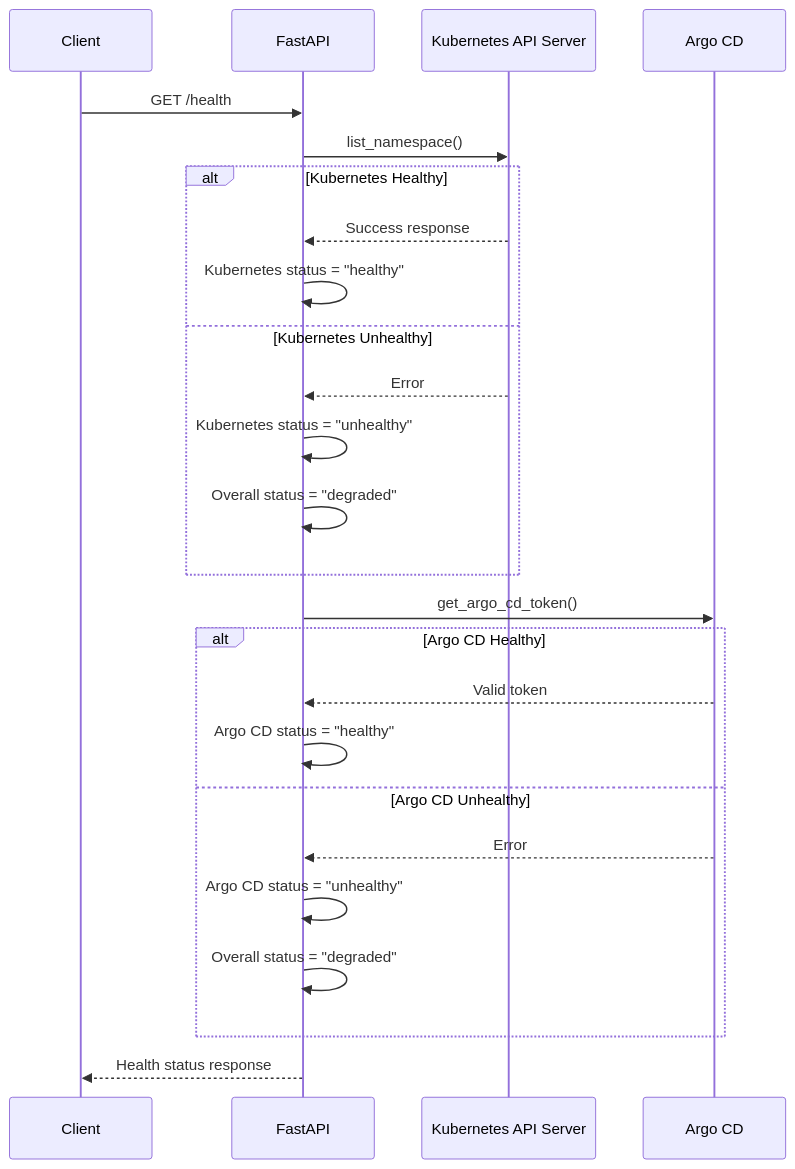
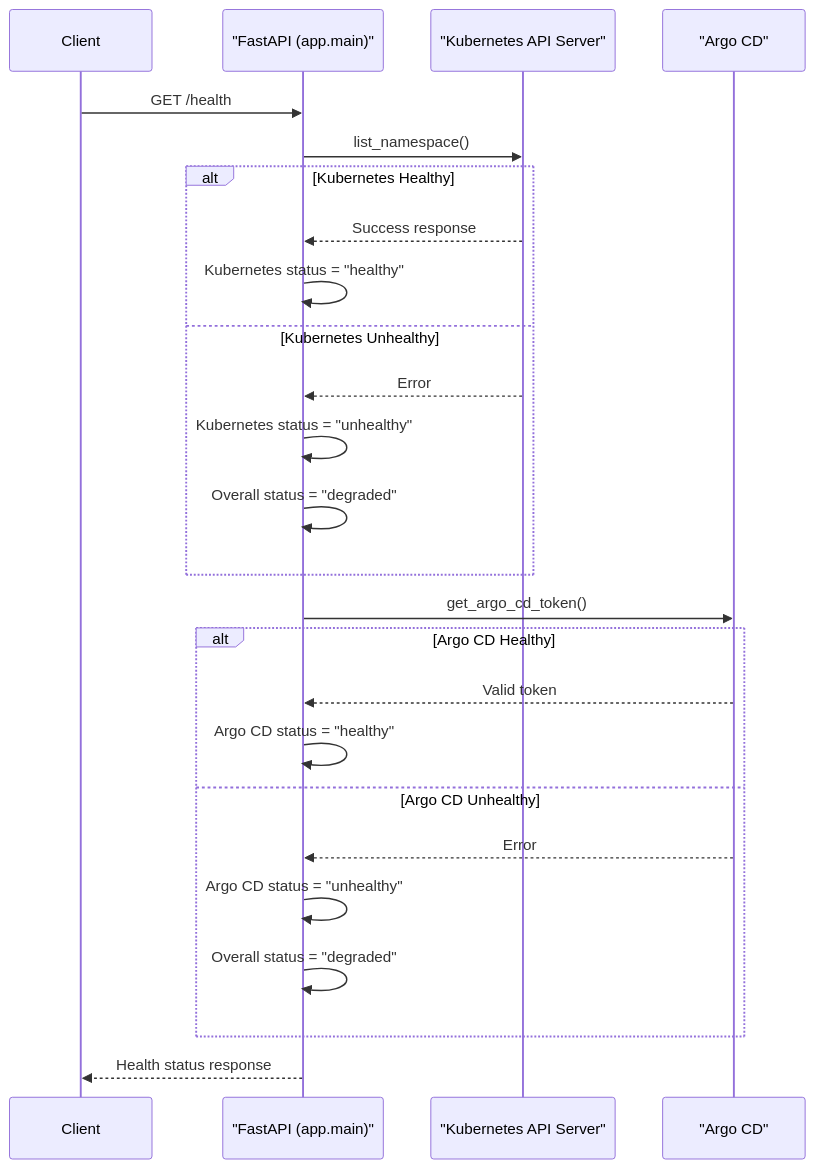
The diagram in fastapi/mermaid/health-check-sequence.mermaid (lloydchang/tvp-k8s), drawn with Mermaid before and after one commit. The commit also changed 7 other files, not shown here.

```diff
--- a/fastapi/mermaid/health-check-sequence.mermaid
+++ b/fastapi/mermaid/health-check-sequence.mermaid
@@ -1,29 +1,29 @@
 sequenceDiagram
     participant Client
-    participant FastAPI
-    participant Kubernetes as Kubernetes API Server
-    participant ArgoCD as Argo CD
+    participant FastAPI as "FastAPI (app.main)"
+    participant Kubernetes as "Kubernetes API Server"
+    participant ArgoCD as "Argo CD"
     
     Client->>FastAPI: GET /health
     
     FastAPI->>Kubernetes: list_namespace()
     alt Kubernetes Healthy
         Kubernetes-->>FastAPI: Success response
         FastAPI->>FastAPI: Kubernetes status = "healthy"
     else Kubernetes Unhealthy
         Kubernetes-->>FastAPI: Error
         FastAPI->>FastAPI: Kubernetes status = "unhealthy"
         FastAPI->>FastAPI: Overall status = "degraded"
     end
     
     FastAPI->>ArgoCD: get_argo_cd_token()
     alt Argo CD Healthy
         ArgoCD-->>FastAPI: Valid token
         FastAPI->>FastAPI: Argo CD status = "healthy"
     else Argo CD Unhealthy
         ArgoCD-->>FastAPI: Error
         FastAPI->>FastAPI: Argo CD status = "unhealthy"
         FastAPI->>FastAPI: Overall status = "degraded"
     end
     
     FastAPI-->>Client: Health status response
```
